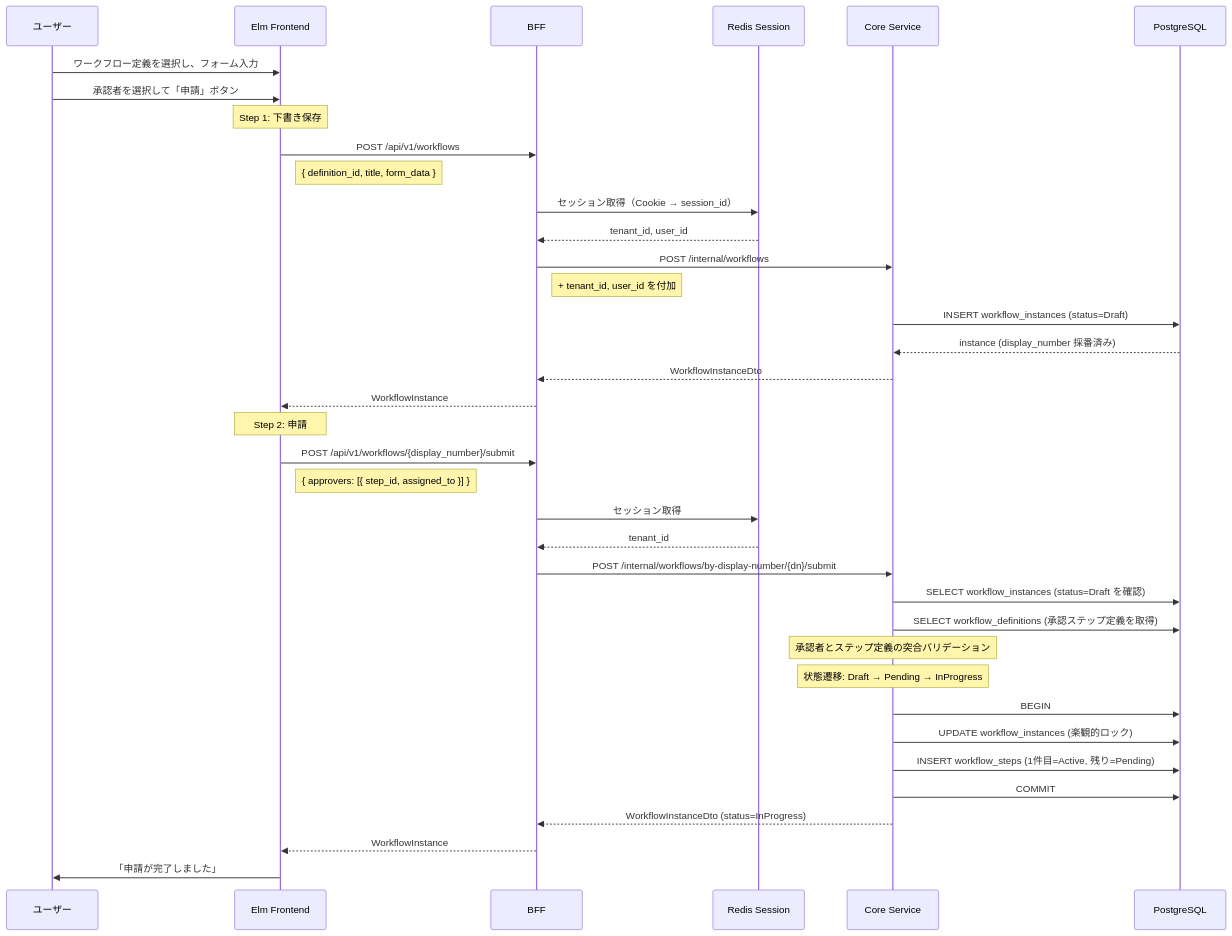
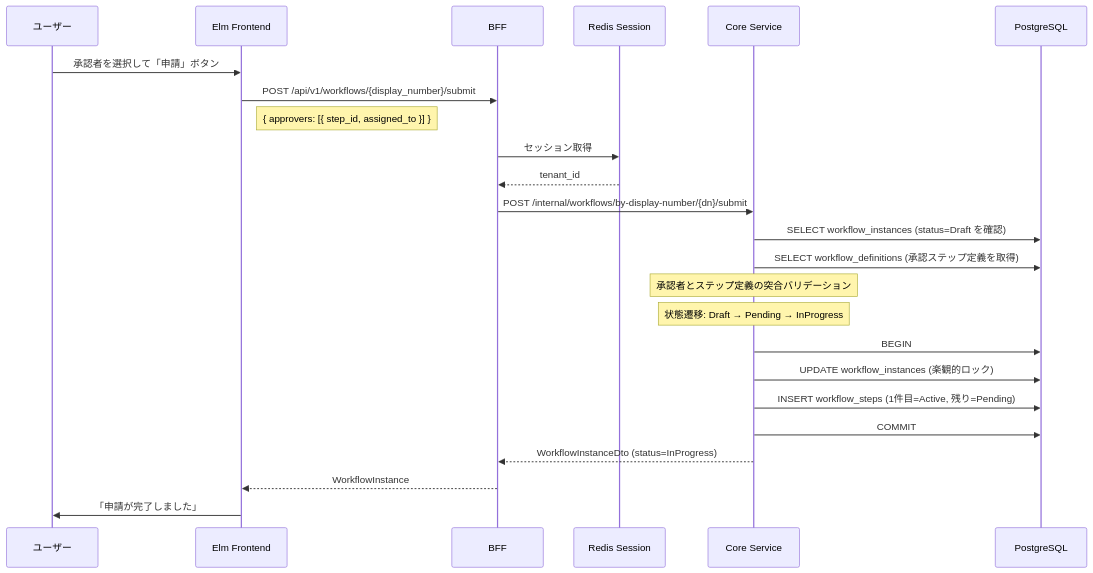
One commit to ka2kama/ringiflow changed the second of 3 diagrams in docs/90_実装解説/ワークフロー/01_申請フロー.md. Above: the diagram before and after it, drawn with Mermaid. The commit also changed other lines of this file, not shown here.

Commit message:
#1128 Split draft save and submission into separate diagrams
The two operations can happen at different times, so combining them
in one diagram gives the false impression of a single continuous flow.

````diff
--- a/docs/90_実装解説/ワークフロー/01_申請フロー.md
+++ b/docs/90_実装解説/ワークフロー/01_申請フロー.md
@@ -14,42 +41,27 @@
 ```mermaid
 sequenceDiagram
     participant U as ユーザー
     participant Elm as Elm Frontend
     participant BFF as BFF
     participant Redis as Redis Session
     participant Core as Core Service
     participant DB as PostgreSQL
 
-    U->>Elm: ワークフロー定義を選択し、フォーム入力
     U->>Elm: 承認者を選択して「申請」ボタン
-
-    Note over Elm: Step 1: 下書き保存
-    Elm->>BFF: POST /api/v1/workflows
-    Note right of Elm: { definition_id, title, form_data }
-    BFF->>Redis: セッション取得（Cookie → session_id）
-    Redis-->>BFF: tenant_id, user_id
-    BFF->>Core: POST /internal/workflows
-    Note right of BFF: + tenant_id, user_id を付加
-    Core->>DB: INSERT workflow_instances (status=Draft)
-    DB-->>Core: instance (display_number 採番済み)
-    Core-->>BFF: WorkflowInstanceDto
-    BFF-->>Elm: WorkflowInstance
-
-    Note over Elm: Step 2: 申請
     Elm->>BFF: POST /api/v1/workflows/{display_number}/submit
     Note right of Elm: { approvers: [{ step_id, assigned_to }] }
     BFF->>Redis: セッション取得
     Redis-->>BFF: tenant_id
     BFF->>Core: POST /internal/workflows/by-display-number/{dn}/submit
     Core->>DB: SELECT workflow_instances (status=Draft を確認)
     Core->>DB: SELECT workflow_definitions (承認ステップ定義を取得)
     Note over Core: 承認者とステップ定義の突合バリデーション
     Note over Core: 状態遷移: Draft → Pending → InProgress
     Core->>DB: BEGIN
     Core->>DB: UPDATE workflow_instances (楽観的ロック)
     Core->>DB: INSERT workflow_steps (1件目=Active, 残り=Pending)
     Core->>DB: COMMIT
     Core-->>BFF: WorkflowInstanceDto (status=InProgress)
     BFF-->>Elm: WorkflowInstance
     Elm->>U: 「申請が完了しました」
 ```
````
